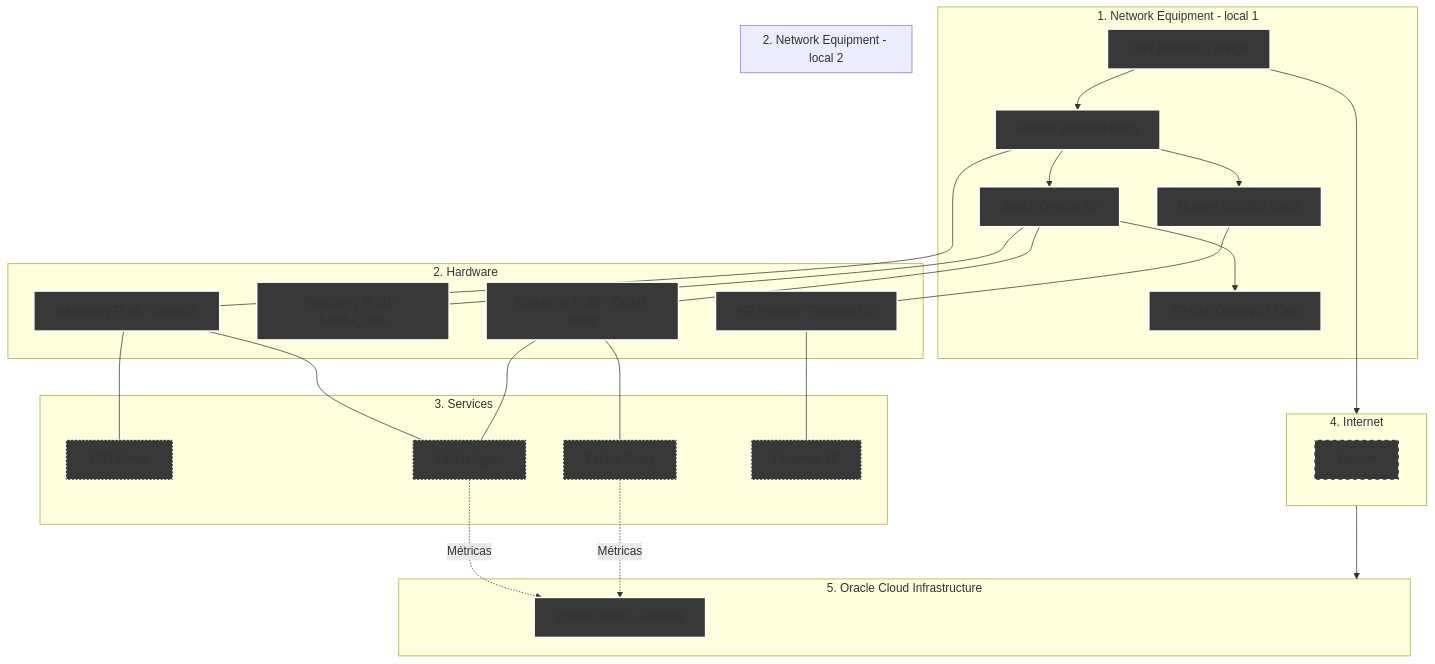
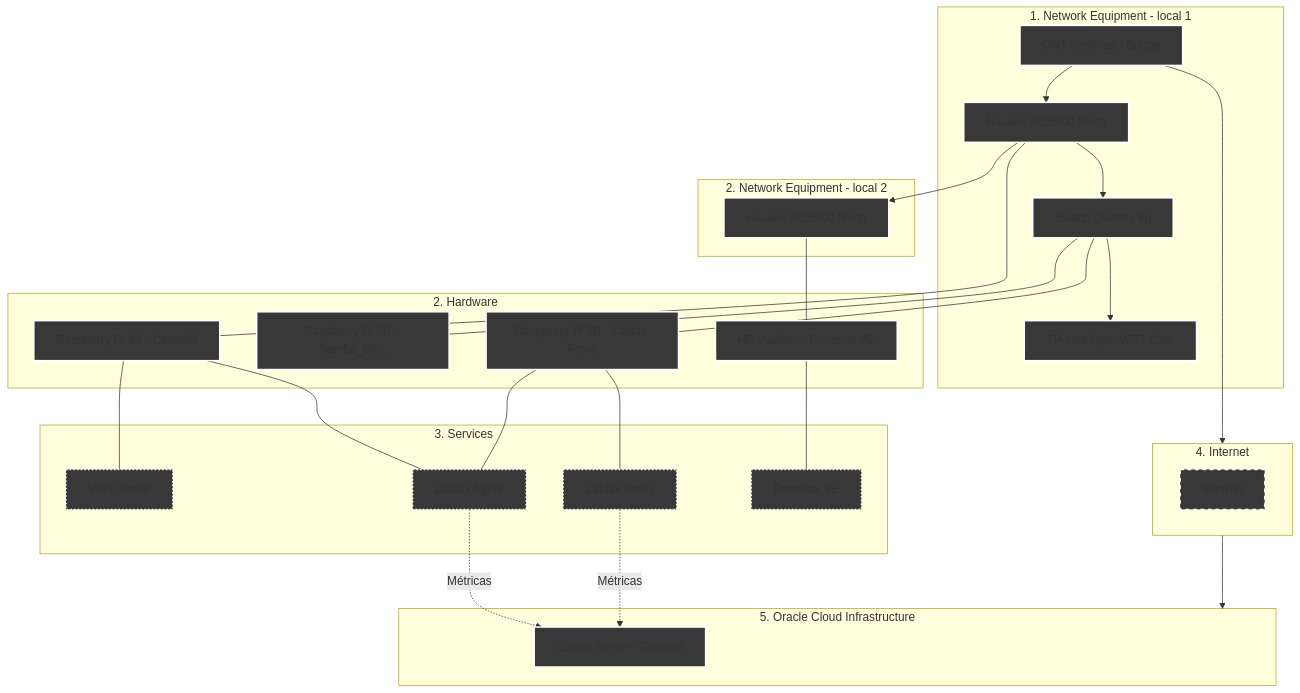
One commit to kevindexter22/Dr-Hardware-Autonet changed the diagram in Infraestructure/README.md. Above: the diagram before and after it, drawn with Mermaid.

````diff
--- a/Infraestructure/README.md
+++ b/Infraestructure/README.md
@@ -13,55 +13,55 @@
 ```mermaid
 graph TD
     %% Styles
     classDef network fill:#383838,stroke:#FFFFFF,stroke-width:2px;
     classDef hardware fill:#383838,stroke:#FFFFFF,stroke-width:2px;
     classDef internet fill:#383838,stroke:#FFFFFF,stroke-width:2px,stroke-dasharray: 5 5;
     classDef services fill:#383838,stroke:#FFFFFF,stroke-width:2px, stroke-dasharray: 2 3;
     classDef oci fill:#383838,stroke:#FFFFFF,stroke-width:2px;
 
     %% 1. NETWORK EQUIPMENT
     subgraph S1 [1. Network Equipment - local 1]
         ONT[ONT Intelbras - Bridge]:::network --> R_Mesh1[Huawei WS5800 Mesh]:::network
-        R_Mesh1 --> R_Mesh2[Huawei WS5800 Mesh]:::network
         R_Mesh1 --> SW1[Switch Overtek 8p]:::network
         SW1 --> R_Cams[TP-Link OpenWRT Cam]:::network    
     end
     subgraph S2 [2. Network Equipment - local 2]
+    R_Mesh1 --> R_Mesh2[Huawei WS5800 Mesh]:::network
     end
 
     %% 2. HARDWARE
     subgraph S3 [2. Hardware]
         R_Mesh1 --- RPi4B[Raspberry Pi 4B - CasaOS]:::hardware
         SW1 --- RPi3B_1[Raspberry Pi 3B - Samba_OPL]:::hardware
         SW1 --- RPi3B_2[Raspberry Pi 3B - Zabbix Proxy]:::hardware
         R_Mesh2 --- HP[HP Pavilion - Proxmox VE]:::hardware
     end
 
     %% 3. SERVICES     
     subgraph S4 [3. Services];
         RPi4B --- VPN[VPN Server]:::services
         RPi4B --- ZA[Zabbix Agent]:::services
         RPi3B_2 --- ZA[Zabbix Agent]:::services
         RPi3B_2 --- ZP[Zabbix Proxy]:::services
         HP --- PVE[Proxmox VE]:::services        
     end
 
     %% 4. Internet (The Bridge)
     subgraph S5 [4. Internet]
            internet[Internet]:::internet
     end
 
     %% 5. Oracle Cloud Infrastructure
     subgraph S6 [5. Oracle Cloud Infrastructure]
         ZS[Zabbix Server - Grafana]:::oci
     end
 
     %% Conections of data flow
     ONT --> S5
     S5 --> S6
     
     %% Logical conections
     ZA -.-> |Métricas| ZS
     ZP -.-> |Métricas| ZS 
 
 ```
````
